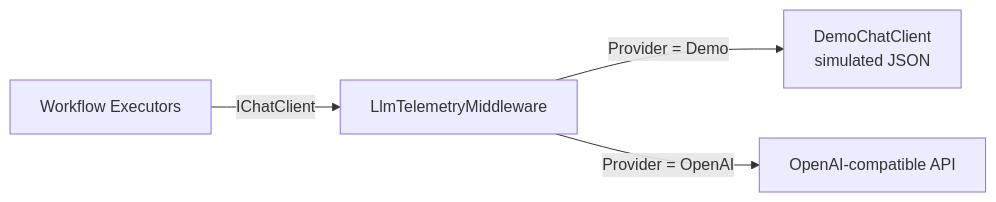
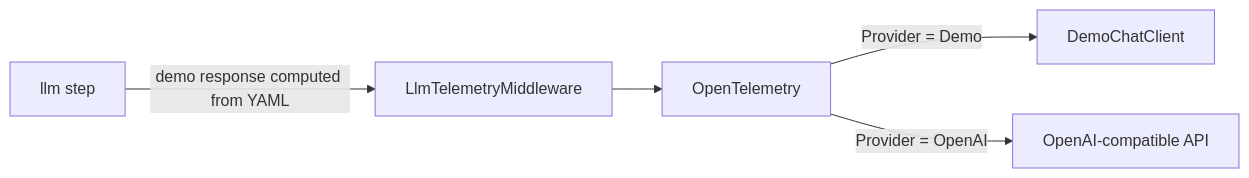
Before and after one commit to GabrieleTronchin/AiSupportWorkflow: the diagram in docs/demo-mode.md, drawn with Mermaid. The commit also changed other lines of this file and 16 other files, not shown here.

````diff
--- a/docs/demo-mode.md
+++ b/docs/demo-mode.md
@@ -47,6 +72,7 @@
 ```mermaid
 flowchart LR
-    EX[Workflow Executors] -->|IChatClient| TM[LlmTelemetryMiddleware]
-    TM -->|Provider = Demo| DC[DemoChatClient<br/>simulated JSON]
-    TM -->|Provider = OpenAI| OA[OpenAI-compatible API]
+    STEP[llm step] -->|demo response computed from YAML| TM[LlmTelemetryMiddleware]
+    TM --> OT[OpenTelemetry]
+    OT -->|Provider = Demo| DC[DemoChatClient]
+    OT -->|Provider = OpenAI| OA[OpenAI-compatible API]
 ```
````
